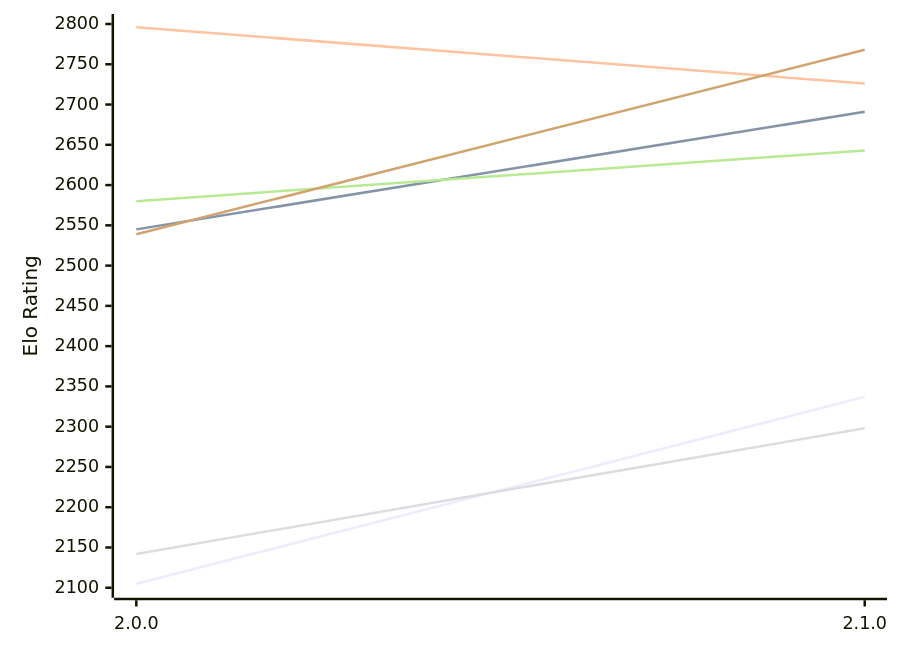
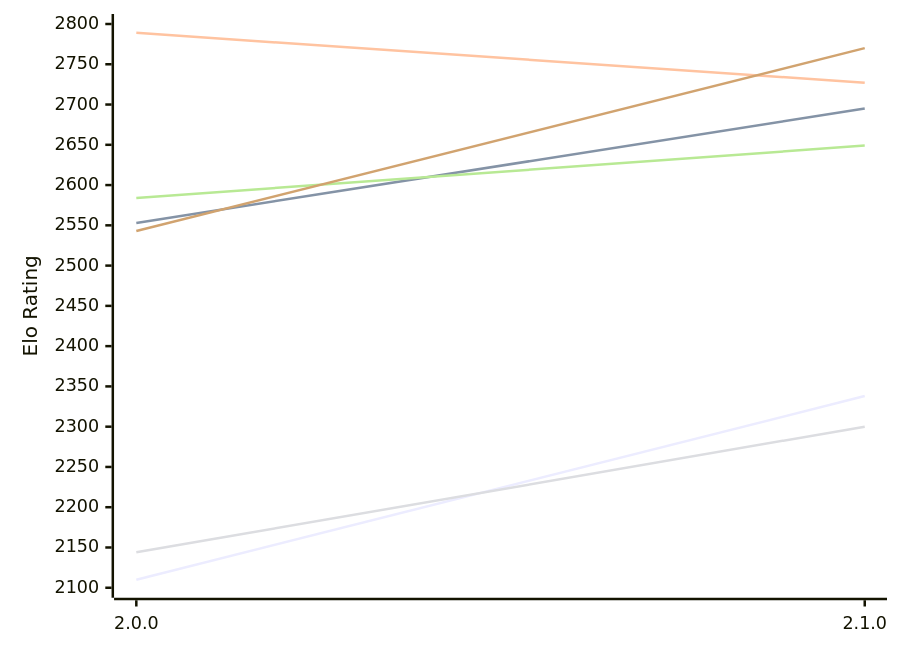
Before and after one commit to computer-chess-index/cci: the first of 2 diagrams in engines/Ratsu.md, drawn with Mermaid. The commit also changed other lines of this file, not shown here.

Commit message:
Update CCI Ratings (ELO VLTC) - 2026-11-24

````diff
--- a/engines/Ratsu.md
+++ b/engines/Ratsu.md
@@ -54,12 +54,12 @@
 ```mermaid
 %%{init: {"theme":"base","themeVariables":{"seriesColors:['#a3a3a3','#222221','#faa371']}}}%%
 xychart-beta
   x-axis ["2.0.0", "2.1.0"]
   y-axis "Elo Rating" 2100 --> 2800
-  line "E1: STC (8.0+0.08s)" [2105, 2337]
-  line "E1: LTC (60.0+0.60s)" [2545, 2691]
-  line "E1: VLTC (2m24s+1.12s)" [2796, 2726]
-  line "P1: STC (8.0+0.08s)" [2142, 2298]
-  line "P1: LTC (60.0+0.60s)" [2580, 2643]
-  line "P1: VLTC (2m24s+1.12s)" [2539, 2768]
+  line "E1: STC (8.0+0.08s)" [2110, 2338]
+  line "E1: LTC (60.0+0.60s)" [2553, 2695]
+  line "E1: VLTC (2m24s+1.12s)" [2789, 2727]
+  line "P1: STC (8.0+0.08s)" [2144, 2300]
+  line "P1: LTC (60.0+0.60s)" [2584, 2649]
+  line "P1: VLTC (2m24s+1.12s)" [2543, 2770]
 ```
````
